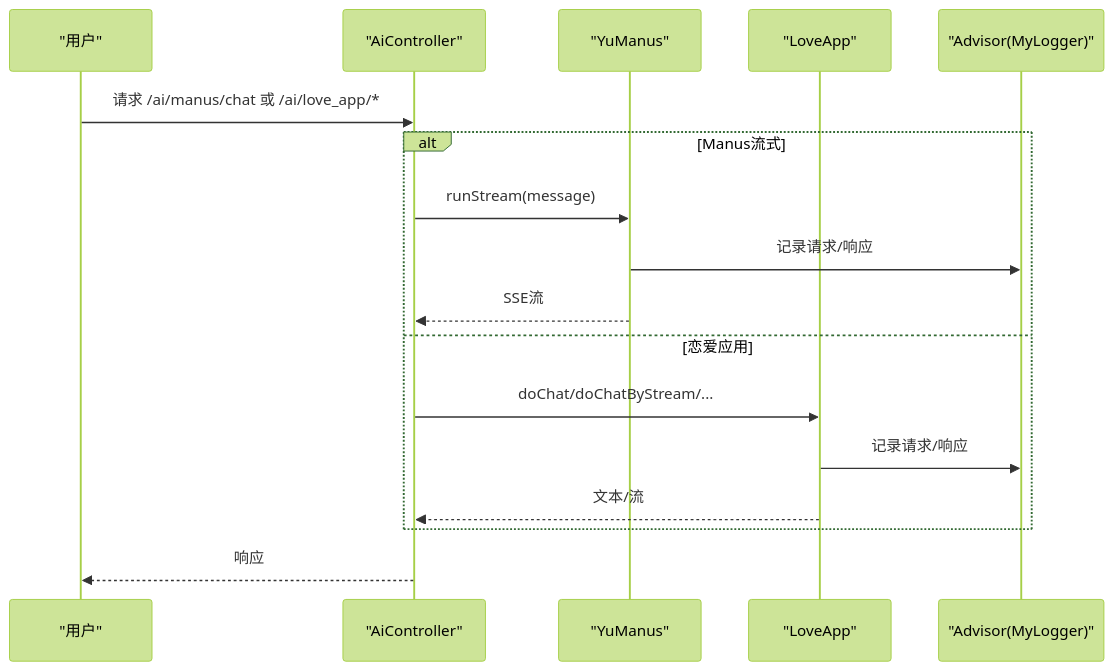
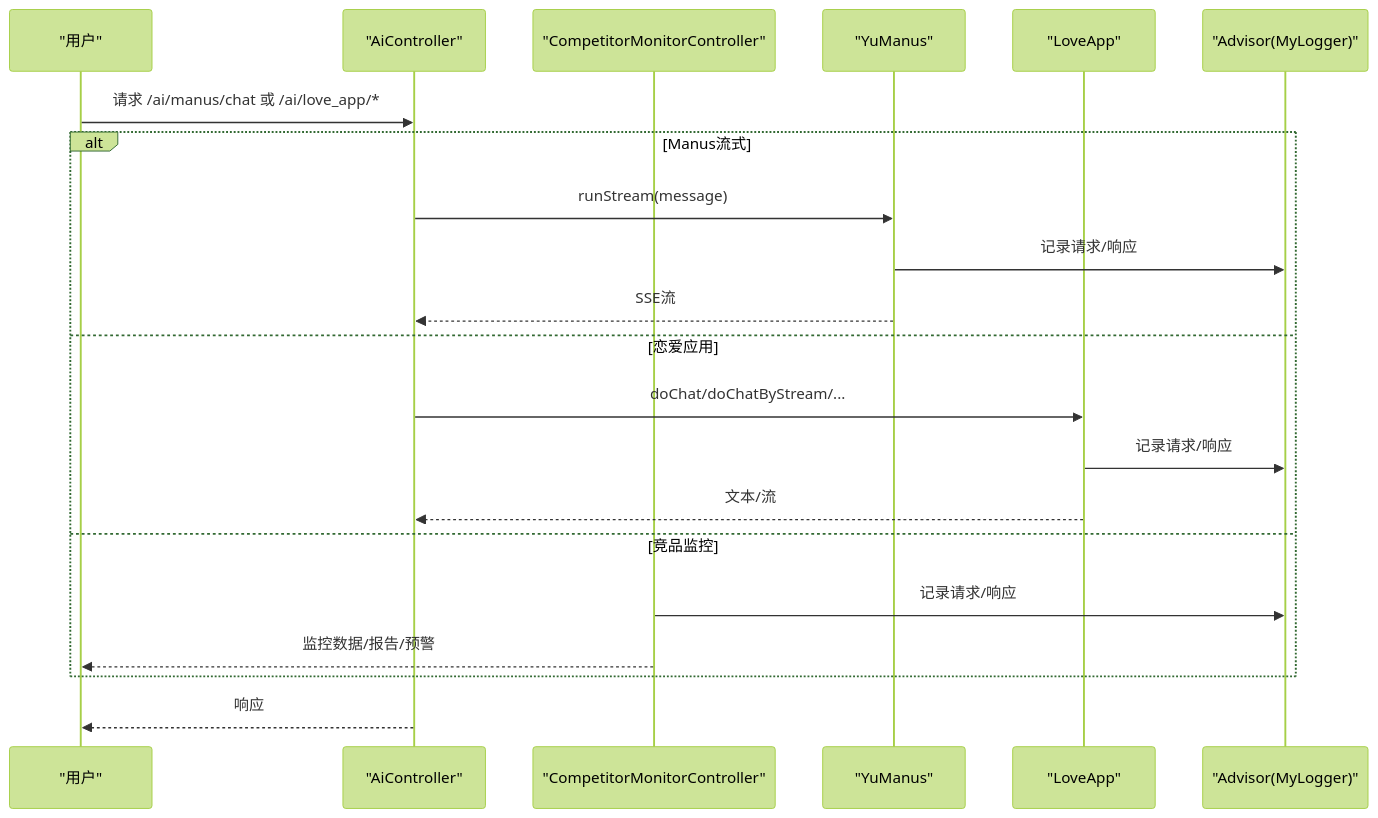
One commit to jiasongqi/qi-ai-agent changed the ninth of 15 diagrams in .qoder/repowiki/zh/content/AI智能体系统/AI智能体系统.md. Above: the diagram before and after it, drawn with Mermaid (forest theme). The commit also changed other lines of this file and 2 other files, not shown here.

````diff
--- a/.qoder/repowiki/zh/content/AI智能体系统/AI智能体系统.md
+++ b/.qoder/repowiki/zh/content/AI智能体系统/AI智能体系统.md
@@ -365,19 +403,23 @@
 ```mermaid
 sequenceDiagram
 participant U as "用户"
 participant C as "AiController"
+participant CC as "CompetitorMonitorController"
 participant Y as "YuManus"
 participant L as "LoveApp"
 participant A as "Advisor(MyLogger)"
 U->>C : 请求 /ai/manus/chat 或 /ai/love_app/*
 alt Manus流式
 C->>Y : runStream(message)
 Y->>A : 记录请求/响应
 Y-->>C : SSE流
 else 恋爱应用
 C->>L : doChat/doChatByStream/...
 L->>A : 记录请求/响应
 L-->>C : 文本/流
+else 竞品监控
+CC->>A : 记录请求/响应
+CC-->>U : 监控数据/报告/预警
 end
 C-->>U : 响应
 ```
````
